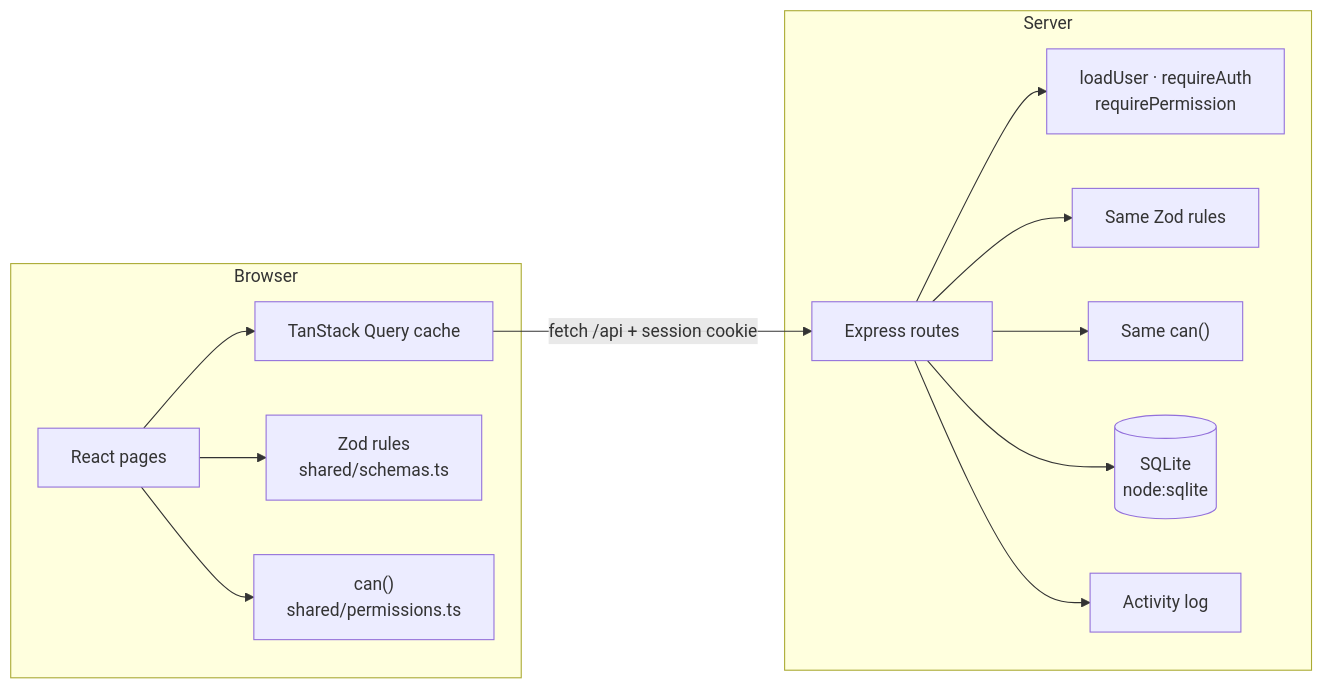
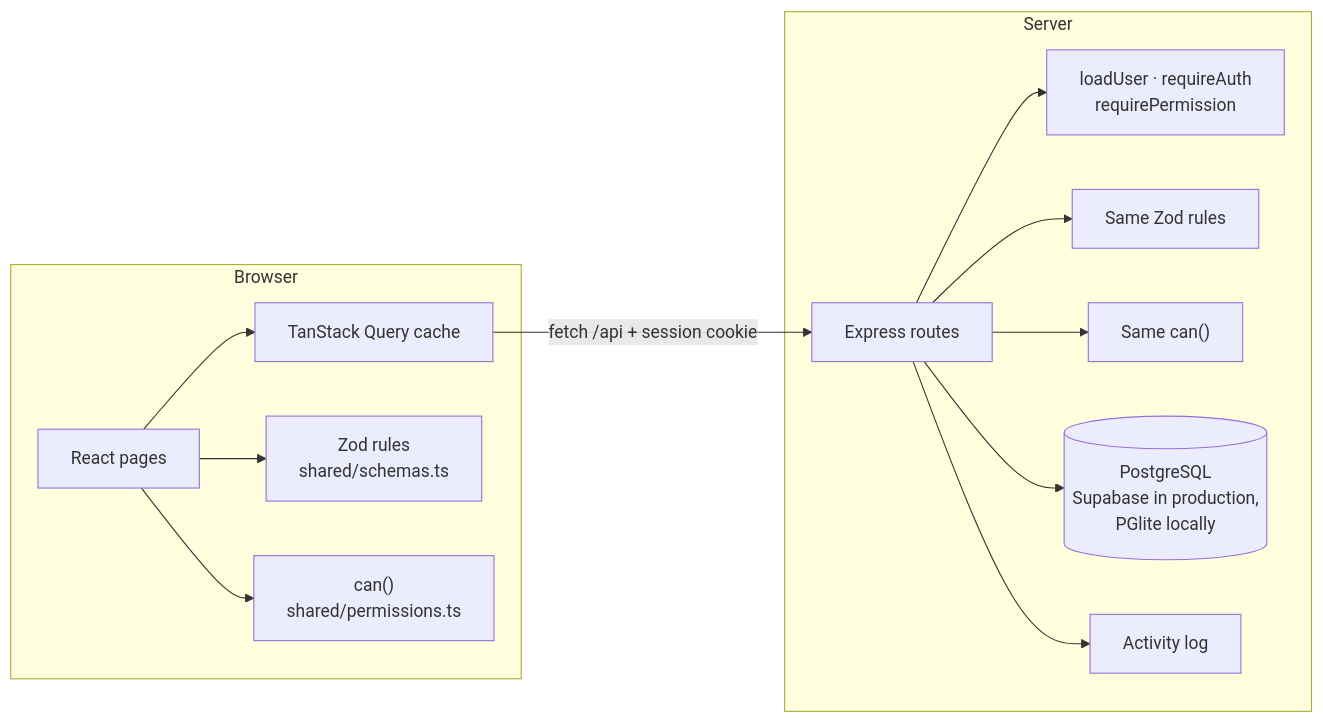
The diagram in README.md (ziad3no/ziraboard-saas-dashboard), drawn with Mermaid before and after one commit. The commit also changed other lines of this file and 4 other files, not shown here.

````diff
--- a/README.md
+++ b/README.md
@@ -139,16 +147,16 @@
 ```mermaid
 flowchart LR
   subgraph Browser
     UI[React pages] --> Q[TanStack Query cache]
     UI --> V[Zod rules<br/>shared/schemas.ts]
     UI --> P["can()<br/>shared/permissions.ts"]
   end
   Q -- "fetch /api + session cookie" --> R[Express routes]
   subgraph Server
     R --> A[loadUser · requireAuth<br/>requirePermission]
     R --> V2[Same Zod rules]
     R --> P2["Same can()"]
-    R --> DB[(SQLite<br/>node:sqlite)]
+    R --> DB[(PostgreSQL<br/>Supabase in production,<br/>PGlite locally)]
     R --> L[Activity log]
   end
 ```
````
